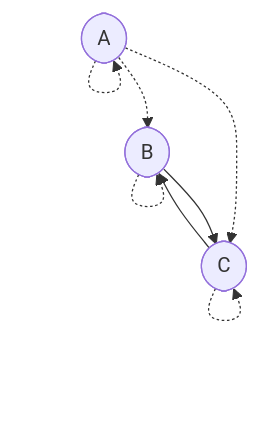
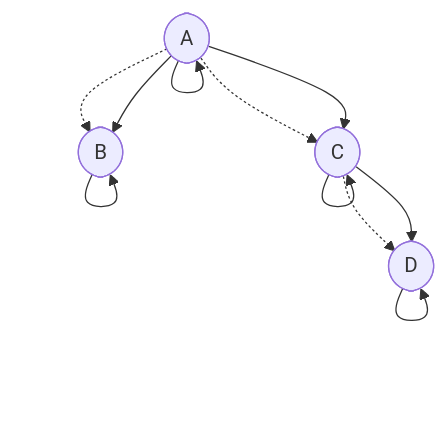
The fifth of 9 diagrams in proofs/AdmissibilityGraph/README.md (stepchowfun/proofs), drawn with Mermaid before and after one commit. The commit also changed other lines of this file, not shown here.

Commit message:
Replace the examples in the admissibility graph development

````diff
--- a/proofs/AdmissibilityGraph/README.md
+++ b/proofs/AdmissibilityGraph/README.md
@@ -222,15 +114,24 @@
 ```mermaid
 flowchart TD
   a([A])
   b([B])
   c([C])
+  d([D])
 
   a -.-> a
   b -.-> b
   c -.-> c
+  d -.-> d
+
   a -.-> b
   a -.-> c
+  c -.-> d
 
-  b --> c
-  c --> b
+  a --> a
+  b --> b
+  c --> c
+  d --> d
+  a --> b
+  a --> c
+  c --> d
 ```
````
